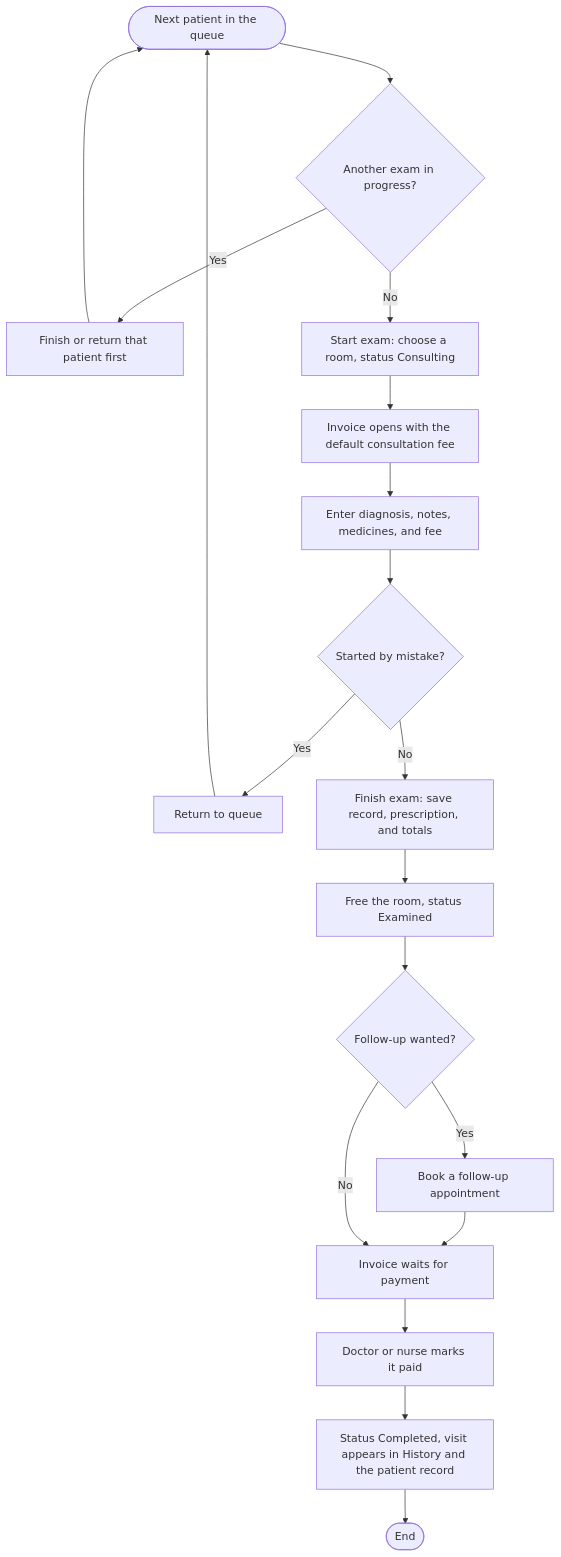
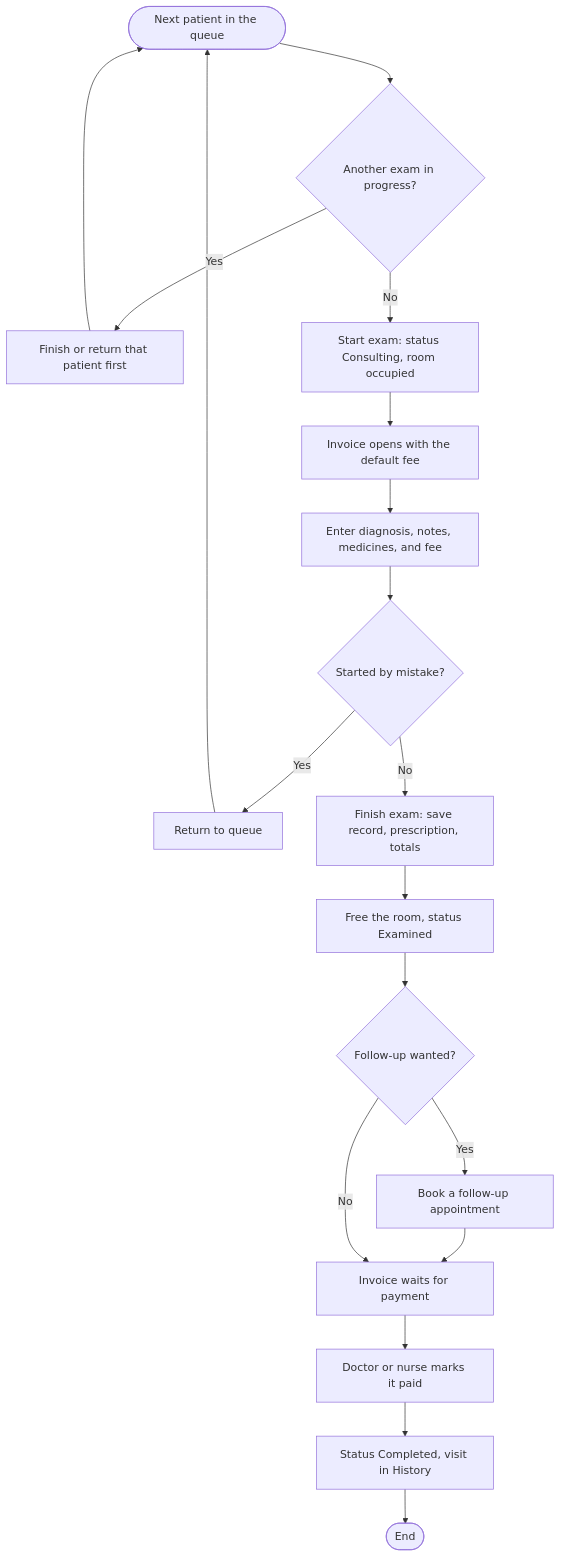
The tenth of 11 diagrams in DOCUMENTATION.md (kelsengile/AppointMed), drawn with Mermaid before and after one commit. The commit also changed other lines of this file and 8 other files, not shown here.

````diff
--- a/DOCUMENTATION.md
+++ b/DOCUMENTATION.md
@@ -655,18 +663,18 @@
 ```mermaid
 flowchart TD
     A([Next patient in the queue]) --> B{Another exam in progress?}
     B -- Yes --> B1[Finish or return that patient first] --> A
-    B -- No --> C[Start exam: choose a room, status Consulting]
-    C --> D[Invoice opens with the default consultation fee]
+    B -- No --> C[Start exam: status Consulting, room occupied]
+    C --> D[Invoice opens with the default fee]
     D --> E[Enter diagnosis, notes, medicines, and fee]
     E --> F{Started by mistake?}
     F -- Yes --> G[Return to queue] --> A
-    F -- No --> H[Finish exam: save record, prescription, and totals]
+    F -- No --> H[Finish exam: save record, prescription, totals]
     H --> I[Free the room, status Examined]
     I --> J{Follow-up wanted?}
     J -- Yes --> K[Book a follow-up appointment] --> L
     J -- No --> L[Invoice waits for payment]
     L --> M[Doctor or nurse marks it paid]
-    M --> N[Status Completed, visit appears in History and the patient record]
+    M --> N[Status Completed, visit in History]
     N --> Z([End])
 ```
````
